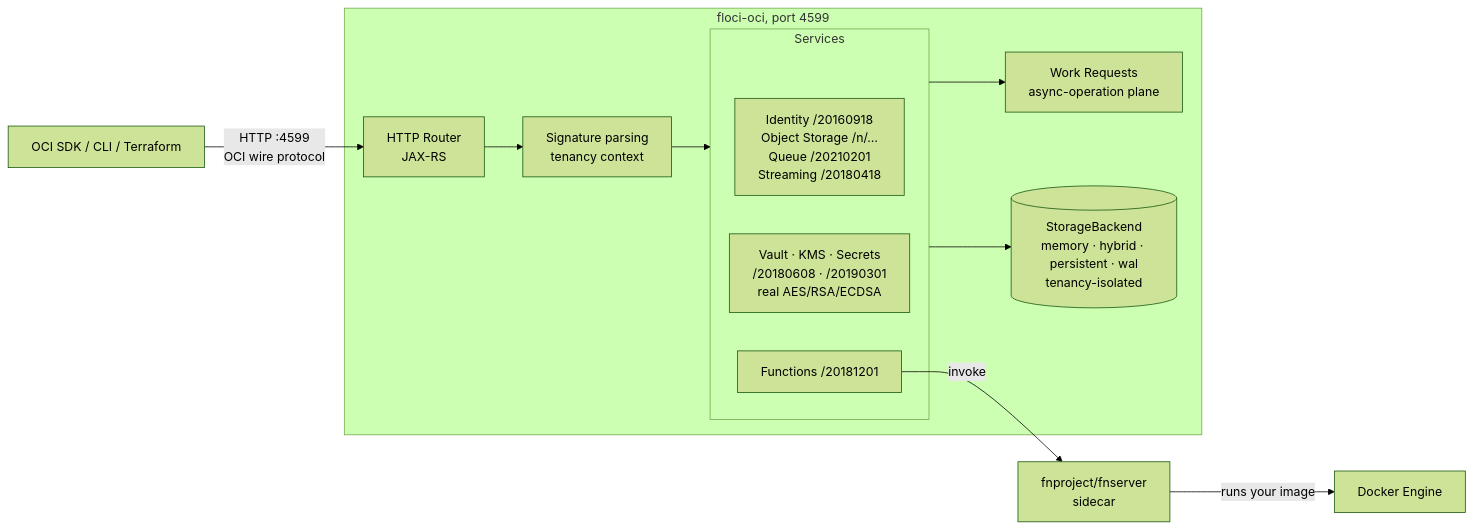
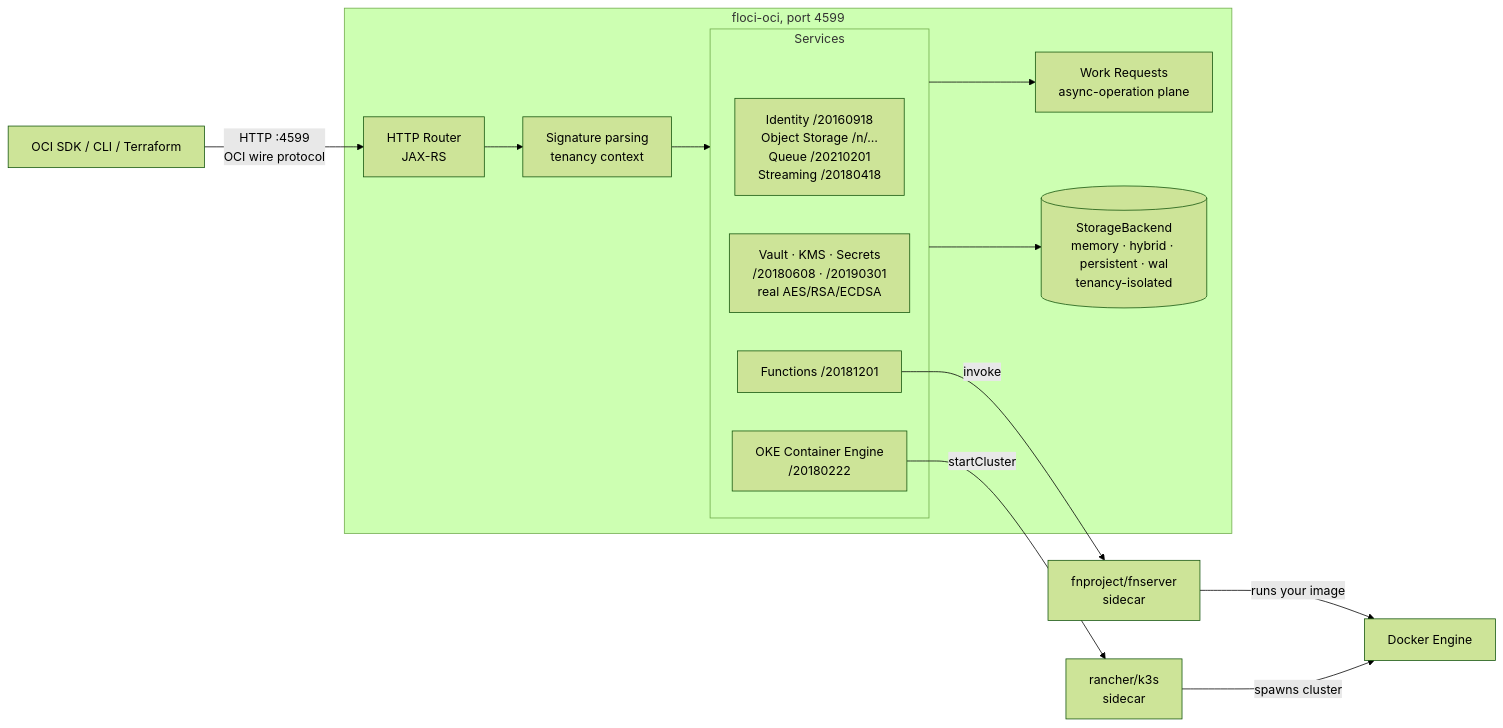
Before and after one commit to floci-io/floci-oci: the diagram in README.md, drawn with Mermaid (forest theme). The commit also changed other lines of this file and 33 other files, not shown here.

First line of the commit message:
feat(oke): Container Engine for Kubernetes (OKE) emulator service & compatibility suites (#12)

````diff
--- a/README.md
+++ b/README.md
@@ -154,26 +154,29 @@
 ```mermaid
 flowchart LR
     Client["OCI SDK / CLI / Terraform"]
 
     subgraph FlociOci ["floci-oci, port 4599"]
         Router["HTTP Router\nJAX-RS"]
 
         subgraph Services ["Services"]
             A["Identity /20160918\nObject Storage /n/…\nQueue /20210201\nStreaming /20180418"]
             B["Vault · KMS · Secrets\n/20180608 · /20190301\nreal AES/RSA/ECDSA"]
             C["Functions /20181201"]
+            D["OKE Container Engine\n/20180222"]
         end
 
         WR["Work Requests\nasync-operation plane"]
         Auth["Signature parsing\ntenancy context"]
 
         Router --> Auth --> Services
         Services --> WR
         Services --> Store[("StorageBackend\nmemory · hybrid · persistent · wal\ntenancy-isolated")]
     end
 
     Docker["Docker Engine"]
     Client -->|"HTTP :4599\nOCI wire protocol"| Router
     C -->|"invoke"| Fn["fnproject/fnserver\nsidecar"]
     Fn -->|"runs your image"| Docker
+    D -->|"startCluster"| K3s["rancher/k3s\nsidecar"]
+    K3s -->|"spawns cluster"| Docker
 ```
````
